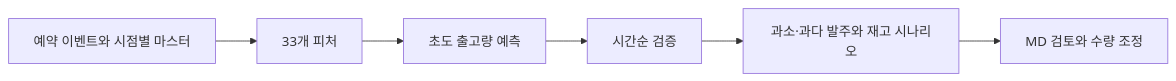
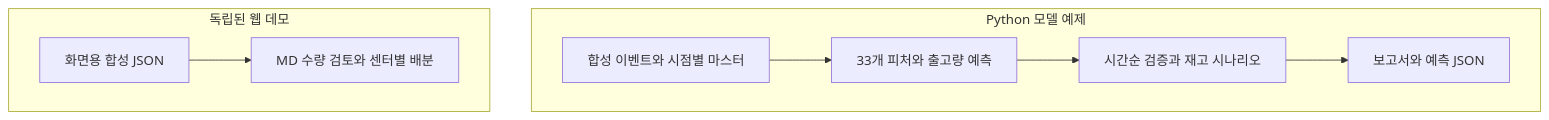
Before and after one commit to daniel5781/7Eleven_MD_Dashboard: the diagram in README.md, drawn with Mermaid. The commit also changed other lines of this file and 2 other files, not shown here.

Commit message:
Clarify prediction targets and separate model and web demo flows [skip ci]

````diff
--- a/README.md
+++ b/README.md
@@ -18,8 +21,11 @@
 ```mermaid
-flowchart LR
-  A[예약 이벤트와 시점별 마스터] --> B[33개 피처]
-  B --> C[초도 출고량 예측]
-  C --> D[시간순 검증]
-  D --> E[과소·과다 발주와 재고 시나리오]
-  E --> F[MD 검토와 수량 조정]
+flowchart TB
+  subgraph Python[Python 모델 예제]
+    A[합성 이벤트와 시점별 마스터] --> B[33개 피처와 출고량 예측]
+    B --> C[시간순 검증과 재고 시나리오]
+    C --> D[보고서와 예측 JSON]
+  end
+  subgraph Web[독립된 웹 데모]
+    E[화면용 합성 JSON] --> F[MD 수량 검토와 센터별 배분]
+  end
 ```
````
